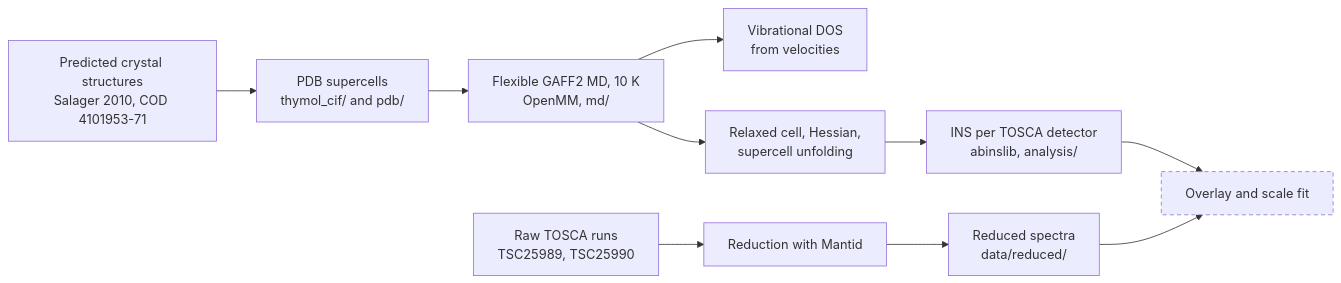
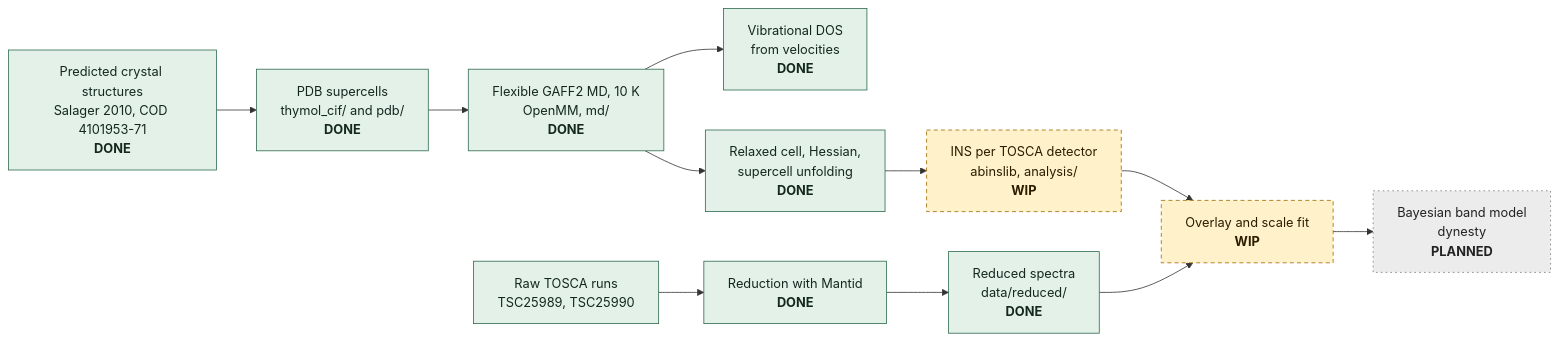
One commit to markbujehein/msc-thesis-analysis changed the diagram in README.md. Above: the diagram before and after it, drawn with Mermaid. The commit also changed other lines of this file and 2 other files, not shown here.

Commit message:
README: status labels (DONE, WIP, PLANNED, BLOCKED) in diagram and table

````diff
--- a/README.md
+++ b/README.md
@@ -9,14 +9,19 @@
 ```mermaid
 flowchart LR
-    A["Predicted crystal structures<br/>Salager 2010, COD 4101953-71"] --> B["PDB supercells<br/>thymol_cif/ and pdb/"]
-    B --> C["Flexible GAFF2 MD, 10 K<br/>OpenMM, md/"]
-    C --> D["Vibrational DOS<br/>from velocities"]
-    C --> E["Relaxed cell, Hessian,<br/>supercell unfolding"]
-    E --> F["INS per TOSCA detector<br/>abinslib, analysis/"]
-    R["Raw TOSCA runs<br/>TSC25989, TSC25990"] --> S["Reduction with Mantid"]
-    S --> T["Reduced spectra<br/>data/reduced/"]
-    F --> U["Overlay and scale fit"]
+    A["Predicted crystal structures<br/>Salager 2010, COD 4101953-71<br/><b>DONE</b>"] --> B["PDB supercells<br/>thymol_cif/ and pdb/<br/><b>DONE</b>"]
+    B --> C["Flexible GAFF2 MD, 10 K<br/>OpenMM, md/<br/><b>DONE</b>"]
+    C --> D["Vibrational DOS<br/>from velocities<br/><b>DONE</b>"]
+    C --> E["Relaxed cell, Hessian,<br/>supercell unfolding<br/><b>DONE</b>"]
+    E --> F["INS per TOSCA detector<br/>abinslib, analysis/<br/><b>WIP</b>"]
+    R["Raw TOSCA runs<br/>TSC25989, TSC25990"] --> S["Reduction with Mantid<br/><b>DONE</b>"]
+    S --> T["Reduced spectra<br/>data/reduced/<br/><b>DONE</b>"]
+    F --> U["Overlay and scale fit<br/><b>WIP</b>"]
     T --> U
-    classDef open stroke-dasharray: 5 4
-    class U open
+    U --> V["Bayesian band model<br/>dynesty<br/><b>PLANNED</b>"]
+    classDef done fill:#e3f1e8,stroke:#2f6b4f,color:#14281e
+    classDef wip fill:#fff1c9,stroke:#a06b00,color:#2b1d00,stroke-dasharray:5 4
+    classDef planned fill:#ececec,stroke:#777,color:#222,stroke-dasharray:2 4
+    class A,B,C,D,E,R,S,T done
+    class F,U wip
+    class V planned
 ```
````
